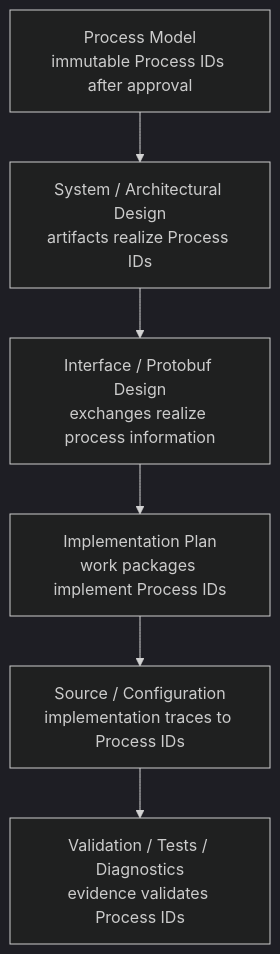
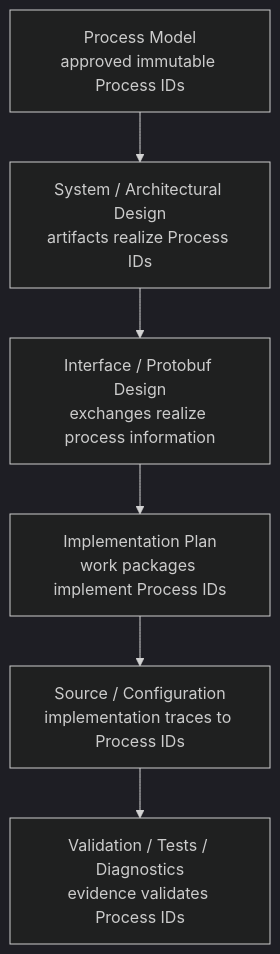
Before and after one commit to srao977/tramuthus: the first of 18 diagrams in DSE_TransSat_1_worker/docs/DSE_TRANS_SAT_1_PROCESS_MODEL_V0_2_091026.md, drawn with Mermaid (dark theme). The commit also changed other lines of this file, not shown here.

Commit message:
docs: approve DSE_TransSat_1 Process Model V0.2

````diff
--- a/DSE_TransSat_1_worker/docs/DSE_TRANS_SAT_1_PROCESS_MODEL_V0_2_091026.md
+++ b/DSE_TransSat_1_worker/docs/DSE_TRANS_SAT_1_PROCESS_MODEL_V0_2_091026.md
@@ -52,10 +52,10 @@
 ```mermaid
 flowchart TD
-  PM["Process Model<br/>immutable Process IDs after approval"]
+  PM["Process Model<br/>approved immutable Process IDs"]
   SD["System / Architectural Design<br/>artifacts realize Process IDs"]
   IF["Interface / Protobuf Design<br/>exchanges realize process information"]
   IP["Implementation Plan<br/>work packages implement Process IDs"]
   SC["Source / Configuration<br/>implementation traces to Process IDs"]
   VAL["Validation / Tests / Diagnostics<br/>evidence validates Process IDs"]
   PM --> SD --> IF --> IP --> SC --> VAL
 ```
````
